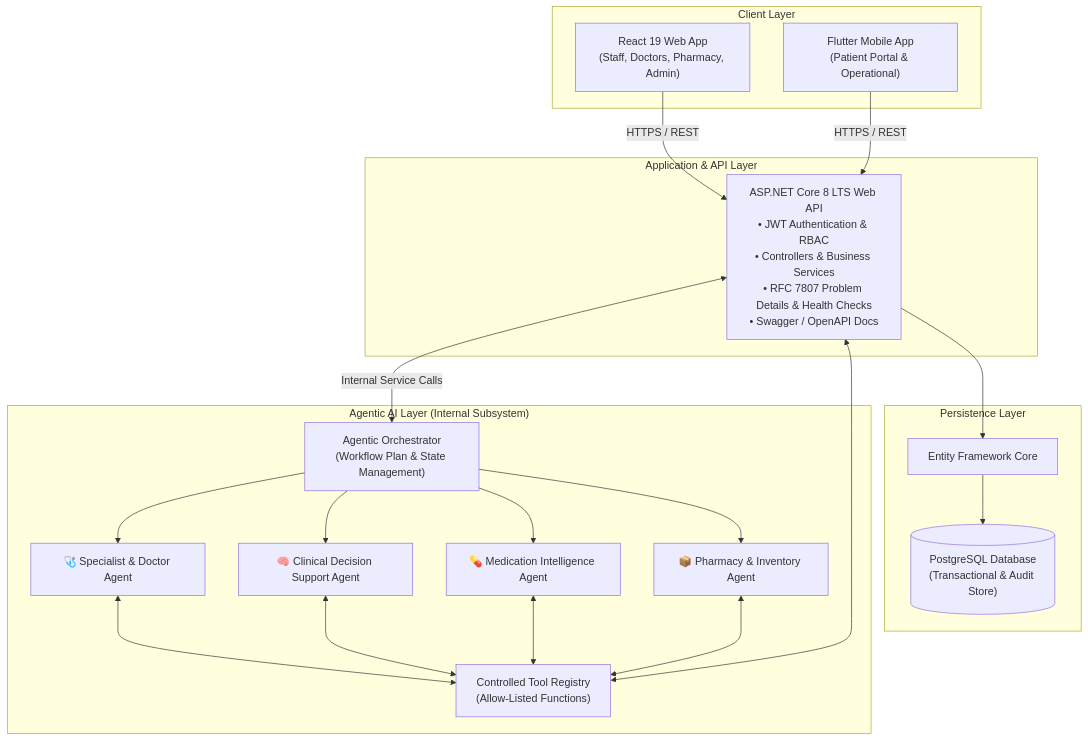
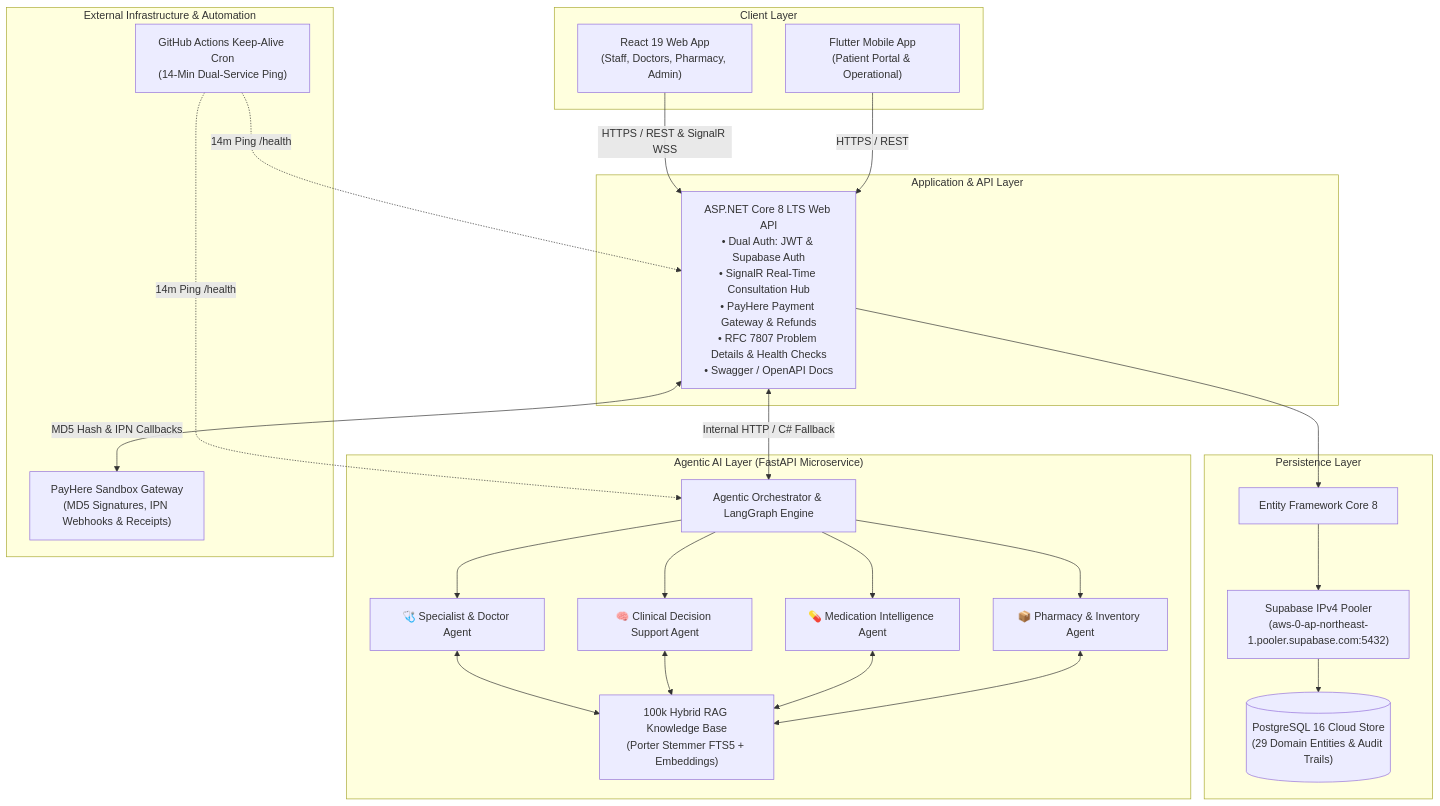
Before and after one commit to Dilshan-Pasindu/MediFlow-AI-: the first of 2 diagrams in README.md, drawn with Mermaid. The commit also changed other lines of this file and 6 other files, not shown here.

Commit message:
docs: synchronize architecture diagrams, PayHere, SignalR, Supabase pooler, and test metrics across documentation

````diff
--- a/README.md
+++ b/README.md
@@ -74,37 +77,46 @@
 ```mermaid
 graph TB
     subgraph Clients["Client Layer"]
         ReactWeb["React 19 Web App<br/>(Staff, Doctors, Pharmacy, Admin)"]
         FlutterApp["Flutter Mobile App<br/>(Patient Portal & Operational)"]
     end
 
     subgraph Gateway["Application & API Layer"]
-        DotNetAPI["ASP.NET Core 8 LTS Web API<br/>• JWT Authentication & RBAC<br/>• Controllers & Business Services<br/>• RFC 7807 Problem Details & Health Checks<br/>• Swagger / OpenAPI Docs"]
+        DotNetAPI["ASP.NET Core 8 LTS Web API<br/>• Dual Auth: JWT & Supabase Auth<br/>• SignalR Real-Time Consultation Hub<br/>• PayHere Payment Gateway & Refunds<br/>• RFC 7807 Problem Details & Health Checks<br/>• Swagger / OpenAPI Docs"]
     end
 
     subgraph DataLayer["Persistence Layer"]
-        EFCore["Entity Framework Core"]
-        PostgreSQL[("PostgreSQL Database<br/>(Transactional & Audit Store)")]
+        EFCore["Entity Framework Core 8"]
+        SupabasePooler["Supabase IPv4 Pooler<br/>(aws-0-ap-northeast-1.pooler.supabase.com:5432)"]
+        PostgreSQL[("PostgreSQL 16 Cloud Store<br/>(29 Domain Entities & Audit Trails)")]
     end
 
-    subgraph AISubsystem["Agentic AI Layer (Internal Subsystem)"]
-        Orchestrator["Agentic Orchestrator<br/>(Workflow Plan & State Management)"]
+    subgraph AISubsystem["Agentic AI Layer (FastAPI Microservice)"]
+        Orchestrator["Agentic Orchestrator & LangGraph Engine"]
         Agent1["🩺 Specialist & Doctor Agent"]
         Agent2["🧠 Clinical Decision Support Agent"]
         Agent3["💊 Medication Intelligence Agent"]
         Agent4["📦 Pharmacy & Inventory Agent"]
-        ToolRegistry["Controlled Tool Registry<br/>(Allow-Listed Functions)"]
+        KnowledgeBase["100k Hybrid RAG Knowledge Base<br/>(Porter Stemmer FTS5 + Embeddings)"]
     end
 
-    ReactWeb -->|HTTPS / REST| DotNetAPI
+    subgraph ExternalServices["External Infrastructure & Automation"]
+        PayHere["PayHere Sandbox Gateway<br/>(MD5 Signatures, IPN Webhooks & Receipts)"]
+        KeepAliveCron["GitHub Actions Keep-Alive Cron<br/>(14-Min Dual-Service Ping)"]
+    end
+
+    ReactWeb -->|HTTPS / REST & SignalR WSS| DotNetAPI
     FlutterApp -->|HTTPS / REST| DotNetAPI
+    DotNetAPI <-->|MD5 Hash & IPN Callbacks| PayHere
     DotNetAPI --> EFCore
-    EFCore --> PostgreSQL
-    DotNetAPI <-->|Internal Service Calls| Orchestrator
+    EFCore --> SupabasePooler
+    SupabasePooler --> PostgreSQL
+    KeepAliveCron -.->|14m Ping /health| DotNetAPI
+    KeepAliveCron -.->|14m Ping /health| Orchestrator
+    DotNetAPI <-->|Internal HTTP / C# Fallback| Orchestrator
     Orchestrator --> Agent1
     Orchestrator --> Agent2
     Orchestrator --> Agent3
     Orchestrator --> Agent4
-    Agent1 & Agent2 & Agent3 & Agent4 <--> ToolRegistry
-    ToolRegistry <--> DotNetAPI
+    Agent1 & Agent2 & Agent3 & Agent4 <--> KnowledgeBase
 ```
````
